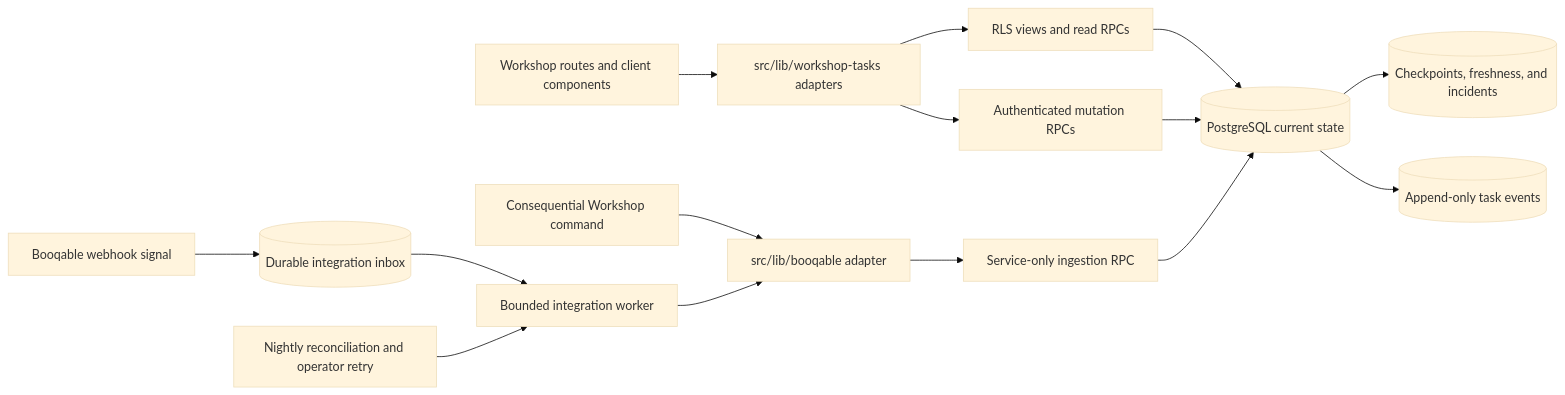
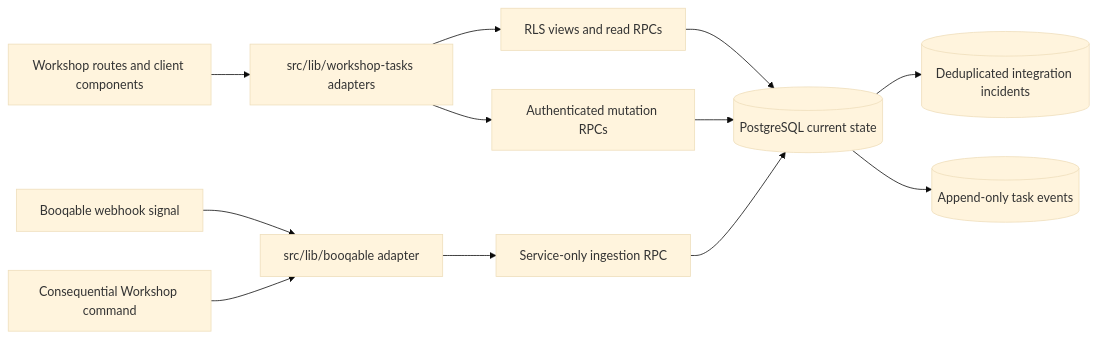
One commit to DenisKuznecov/task-manager-for-cycling-rental-business changed the first of 4 diagrams in _bmad-output/planning-artifacts/architecture/architecture-echelon-cycling-hub-admin-2026-08-10/ARCHITECTURE-SPINE.md. Above: the diagram before and after it, drawn with Mermaid (base theme). The commit also changed other lines of this file and 6 other files, not shown here.

````diff
--- a/_bmad-output/planning-artifacts/architecture/architecture-echelon-cycling-hub-admin-2026-08-10/ARCHITECTURE-SPINE.md
+++ b/_bmad-output/planning-artifacts/architecture/architecture-echelon-cycling-hub-admin-2026-08-10/ARCHITECTURE-SPINE.md
@@ -32,17 +32,14 @@
 ```mermaid
 flowchart LR
   UI["Workshop routes and client components"] --> APP["src/lib/workshop-tasks adapters"]
   APP --> READ["RLS views and read RPCs"]
   APP --> MUTATE["Authenticated mutation RPCs"]
-  SIGNAL["Booqable webhook signal"] --> INBOX[("Durable integration inbox")]
-  INBOX --> WORKER["Bounded integration worker"]
-  REPAIR["Nightly reconciliation and operator retry"] --> WORKER
+  SIGNAL["Booqable webhook signal"] --> ADAPTER["src/lib/booqable adapter"]
   JIT["Consequential Workshop command"] --> ADAPTER["src/lib/booqable adapter"]
-  WORKER --> ADAPTER
   ADAPTER --> INGEST["Service-only ingestion RPC"]
   READ --> DB[("PostgreSQL current state")]
   MUTATE --> DB
   INGEST --> DB
-  DB --> RUNS[("Checkpoints, freshness, and incidents")]
+  DB --> INCIDENTS[("Deduplicated integration incidents")]
   DB --> EVENTS[("Append-only task events")]
 ```
````
